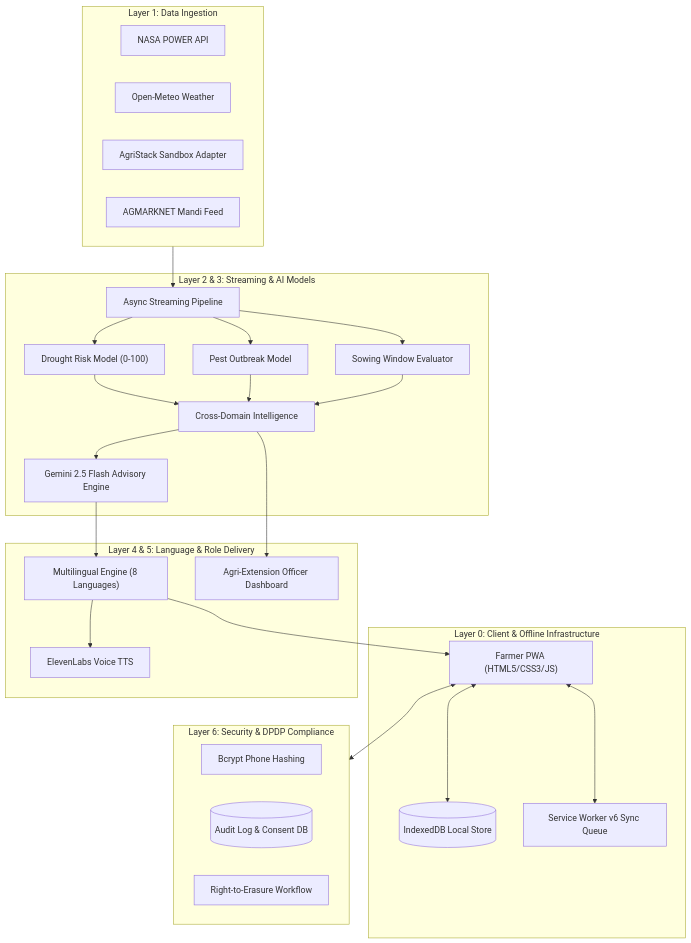
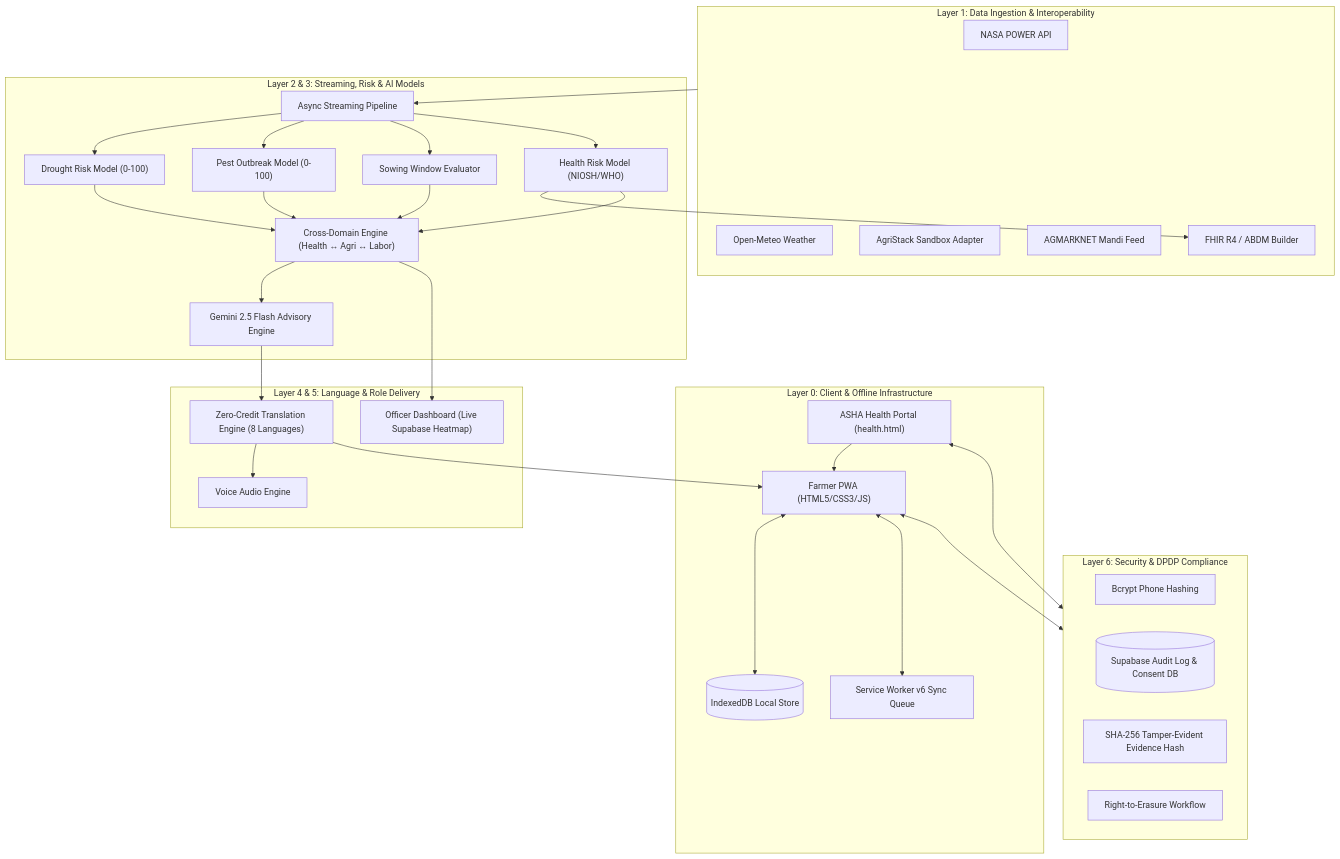
The first of 2 diagrams in README.md (gintama1018/KRISHISETU), drawn with Mermaid before and after one commit. The commit also changed other lines of this file and 13 other files, not shown here.

Commit message:
v3.0.0 Release: Integrated Rural Healthcare (ASHA Portal + FHIR R4 Bundle with LOINC codes), Cross-Domain Health-Agri Labor Scheduling, Live Supabase Dashboard Aggregation, AgriStack Adapter Registration Wiring, and 11/11 Test Suite Coverage

````diff
--- a/README.md
+++ b/README.md
@@ -24,47 +28,54 @@
 ```mermaid
 flowchart TD
     subgraph L0["Layer 0: Client & Offline Infrastructure"]
         PWA["Farmer PWA (HTML5/CSS3/JS)"]
+        ASHA["ASHA Health Portal (health.html)"]
         IDB[("IndexedDB Local Store")]
         SW["Service Worker v6 Sync Queue"]
         PWA <--> IDB
         PWA <--> SW
+        ASHA --> PWA
     end
 
-    subgraph L1["Layer 1: Data Ingestion"]
+    subgraph L1["Layer 1: Data Ingestion & Interoperability"]
         NASA["NASA POWER API"]
         METEO["Open-Meteo Weather"]
         AGRI["AgriStack Sandbox Adapter"]
         MANDI["AGMARKNET Mandi Feed"]
+        FHIR["FHIR R4 / ABDM Builder"]
     end
 
-    subgraph L23["Layer 2 & 3: Streaming & AI Models"]
+    subgraph L23["Layer 2 & 3: Streaming, Risk & AI Models"]
         STREAM["Async Streaming Pipeline"]
         DROUGHT["Drought Risk Model (0-100)"]
-        PEST["Pest Outbreak Model"]
+        PEST["Pest Outbreak Model (0-100)"]
+        HEALTH["Health Risk Model (NIOSH/WHO)"]
         SOWING["Sowing Window Evaluator"]
-        CROSS["Cross-Domain Intelligence"]
+        CROSS["Cross-Domain Engine (Health ↔ Agri ↔ Labor)"]
         GEMINI["Gemini 2.5 Flash Advisory Engine"]
     end
 
     subgraph L45["Layer 4 & 5: Language & Role Delivery"]
-        LANG["Multilingual Engine (8 Languages)"]
-        TTS["ElevenLabs Voice TTS"]
-        DASH["Agri-Extension Officer Dashboard"]
+        LANG["Zero-Credit Translation Engine (8 Languages)"]
+        TTS["Voice Audio Engine"]
+        DASH["Officer Dashboard (Live Supabase Heatmap)"]
     end
 
     subgraph L6["Layer 6: Security & DPDP Compliance"]
         BCRYPT["Bcrypt Phone Hashing"]
-        AUDIT[("Audit Log & Consent DB")]
+        AUDIT[("Supabase Audit Log & Consent DB")]
+        HASH["SHA-256 Tamper-Evident Evidence Hash"]
         ERASURE["Right-to-Erasure Workflow"]
     end
 
     L1 --> STREAM
-    STREAM --> DROUGHT & PEST & SOWING
-    DROUGHT & PEST & SOWING --> CROSS
+    STREAM --> DROUGHT & PEST & SOWING & HEALTH
+    HEALTH --> FHIR
+    DROUGHT & PEST & SOWING & HEALTH --> CROSS
     CROSS --> GEMINI
     GEMINI --> LANG --> TTS
     LANG --> PWA
     CROSS --> DASH
     PWA <--> L6
+    ASHA <--> L6
 ```
````
